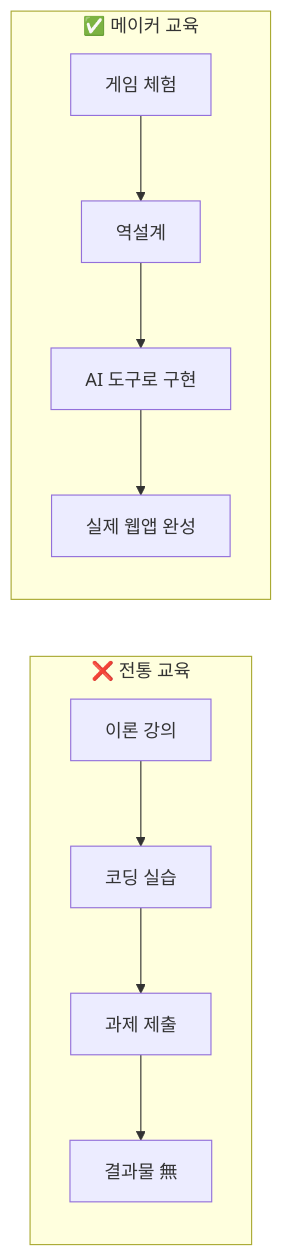
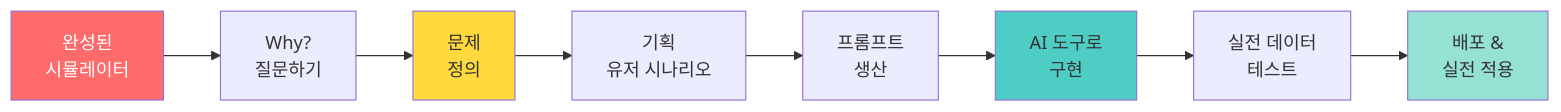
The first of 14 diagrams in Docs/주제/5단계-AI가상환경_실전체험_교육가이드.md (Collegenie-X/AI-Vive-Coding), drawn with Mermaid before and after one commit. The commit also changed other lines of this file and 3 other files, not shown here.

````diff
--- a/Docs/주제/5단계-AI가상환경_실전체험_교육가이드.md
+++ b/Docs/주제/5단계-AI가상환경_실전체험_교육가이드.md
@@ -49,14 +7,15 @@
 ```mermaid
-graph LR
-    subgraph "❌ 전통 교육"
-        A1[이론 강의] --> A2[코딩 실습]
-        A2 --> A3[과제 제출]
-        A3 --> A4[결과물 無]
-    end
+flowchart LR
+    A[완성된<br/>시뮬레이터] --> B[Why?<br/>질문하기]
+    B --> C[문제<br/>정의]
+    C --> D[기획<br/>유저 시나리오]
+    D --> E[프롬프트<br/>생산]
+    E --> F[AI 도구로<br/>구현]
+    F --> G[실전 데이터<br/>테스트]
+    G --> H[배포 &<br/>실전 적용]
     
-    subgraph "✅ 메이커 교육"
-        B1[게임 체험] --> B2[역설계]
-        B2 --> B3[AI 도구로 구현]
-        B3 --> B4[실제 웹앱 완성]
-    end
+    style A fill:#FF6B6B,color:#fff
+    style C fill:#FFD93D
+    style F fill:#4ECDC4
+    style H fill:#95E1D3
 ```
````
